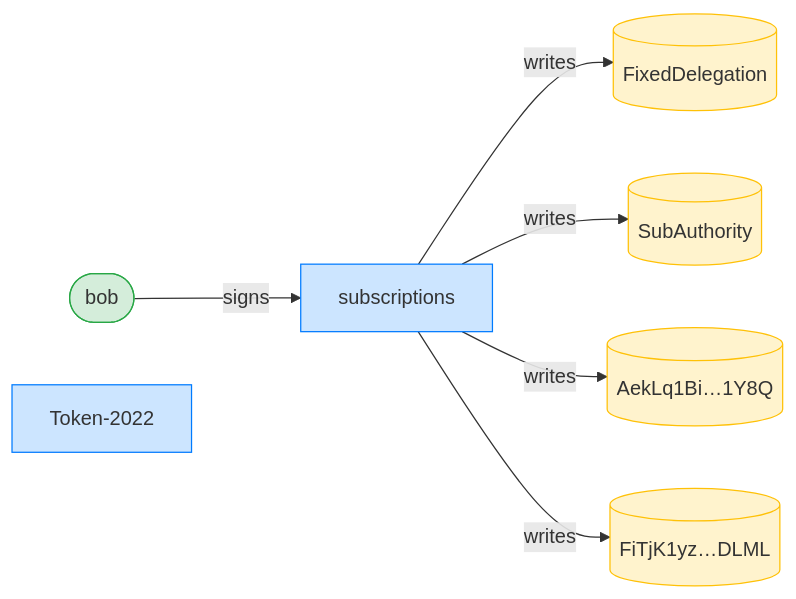
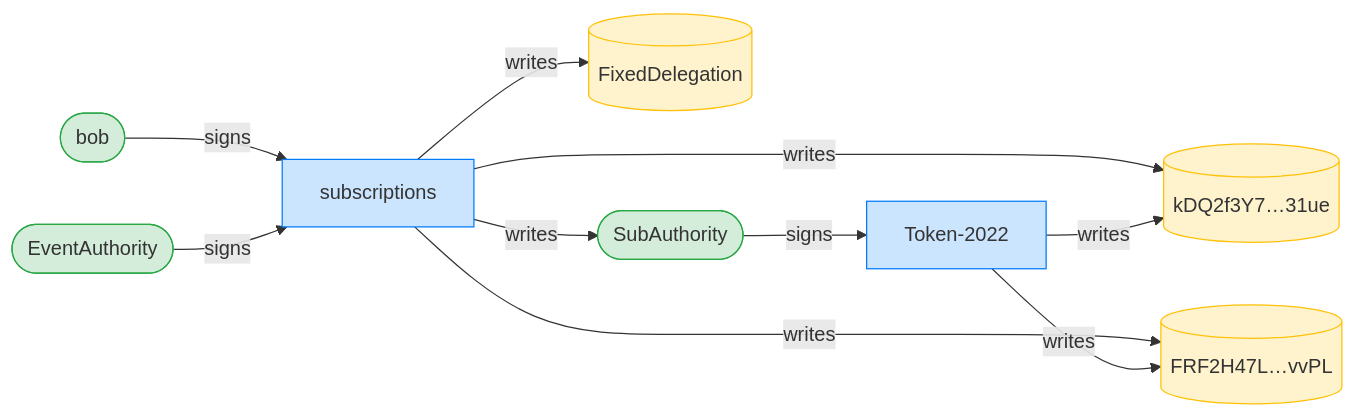
Diagram 11 of 12 in dsl_tests/fixed-transfer-over-a-token-2022-unconfigured-transfer-hook-mint.md (cds-rs/subscriptions), drawn with Mermaid before and after one commit. The commit also changed other lines of this file and 224 other files, not shown here.

````diff
--- a/dsl_tests/fixed-transfer-over-a-token-2022-unconfigured-transfer-hook-mint.md
+++ b/dsl_tests/fixed-transfer-over-a-token-2022-unconfigured-transfer-hook-mint.md
@@ -209,18 +218,23 @@
 ```mermaid
 flowchart LR
     classDef signer fill:#d4edda,stroke:#28a745;
     classDef program fill:#cce5ff,stroke:#007bff;
     classDef writable fill:#fff3cd,stroke:#ffc107;
     subscriptions[subscriptions]:::program
     FixedDelegation[(FixedDelegation)]:::writable
-    SubAuthority[(SubAuthority)]:::writable
-    AekLq1Bi_1Y8Q[("AekLq1Bi…1Y8Q")]:::writable
-    FiTjK1yz_DLML[("FiTjK1yz…DLML")]:::writable
+    SubAuthority([SubAuthority]):::signer
+    kDQ2f3Y7_31ue[("kDQ2f3Y7…31ue")]:::writable
+    FRF2H47L_vvPL[("FRF2H47L…vvPL")]:::writable
     bob([bob]):::signer
     Token_2022["Token-2022"]:::program
+    EventAuthority([EventAuthority]):::signer
     bob -->|signs| subscriptions
+    SubAuthority -->|signs| Token_2022
+    EventAuthority -->|signs| subscriptions
     subscriptions -->|writes| FixedDelegation
     subscriptions -->|writes| SubAuthority
-    subscriptions -->|writes| AekLq1Bi_1Y8Q
-    subscriptions -->|writes| FiTjK1yz_DLML
+    subscriptions -->|writes| kDQ2f3Y7_31ue
+    subscriptions -->|writes| FRF2H47L_vvPL
+    Token_2022 -->|writes| kDQ2f3Y7_31ue
+    Token_2022 -->|writes| FRF2H47L_vvPL
 ```
````
